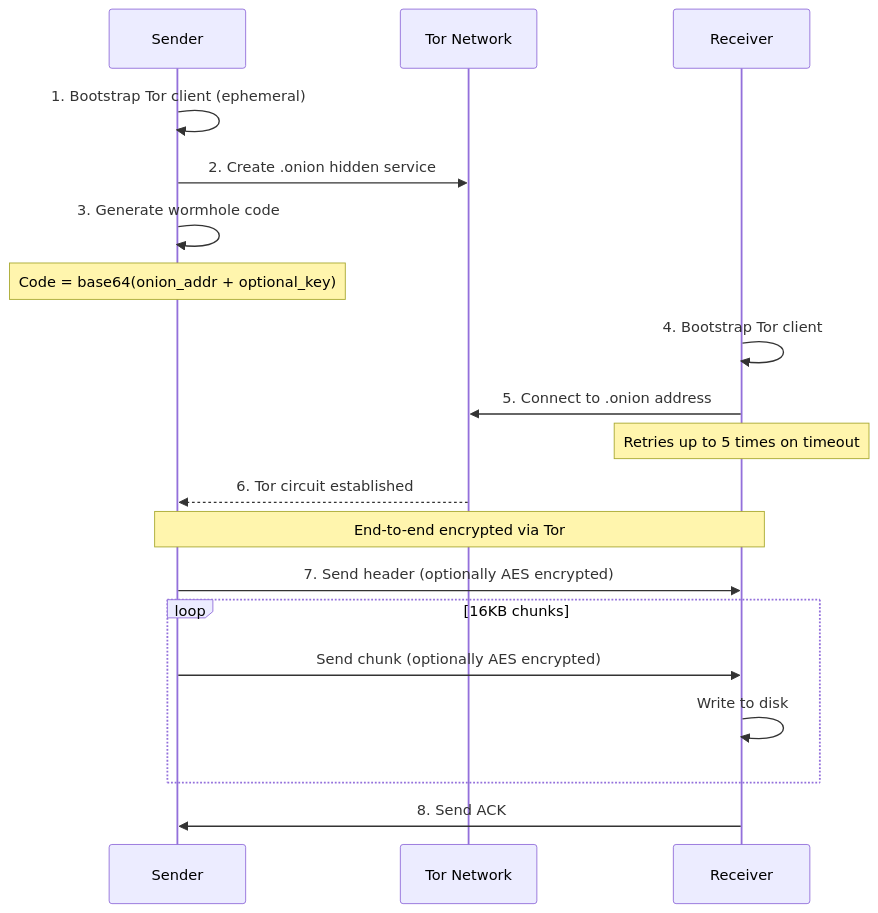
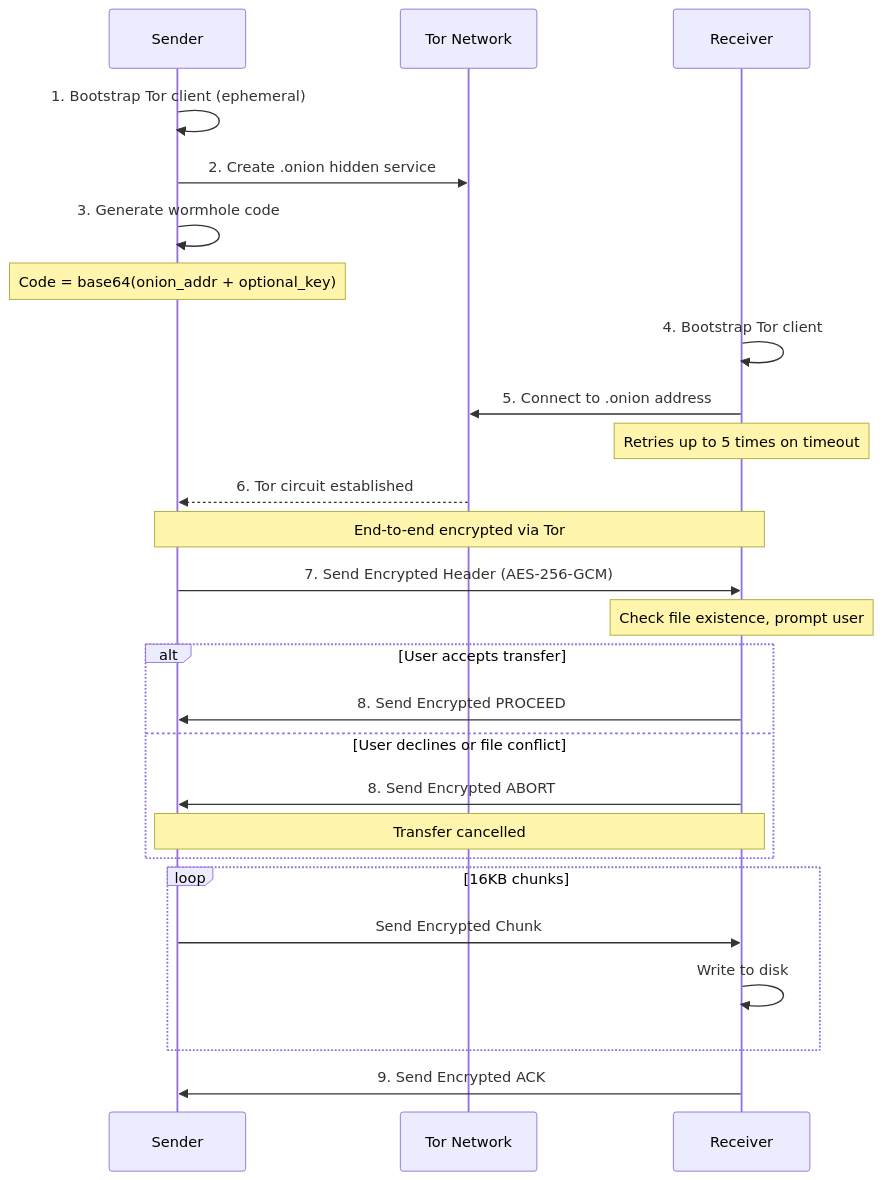
One commit to andrewtheguy/wormhole-rs changed the fourth of 5 diagrams in docs/ARCHITECTURE.md. Above: the diagram before and after it, drawn with Mermaid. The commit also changed other lines of this file, not shown here.

Commit message:
feat: Enhance transfer protocol with user prompts for file existence and control signal encryption

````diff
--- a/docs/ARCHITECTURE.md
+++ b/docs/ARCHITECTURE.md
@@ -131,27 +147,35 @@
 ```mermaid
 sequenceDiagram
     participant Sender
     participant Tor as Tor Network
     participant Receiver
 
     Sender->>Sender: 1. Bootstrap Tor client (ephemeral)
     Sender->>Tor: 2. Create .onion hidden service
     Sender->>Sender: 3. Generate wormhole code
     Note over Sender: Code = base64(onion_addr + optional_key)
 
     Receiver->>Receiver: 4. Bootstrap Tor client
     Receiver->>Tor: 5. Connect to .onion address
     Note over Receiver: Retries up to 5 times on timeout
 
     Tor-->>Sender: 6. Tor circuit established
     Note over Sender,Receiver: End-to-end encrypted via Tor
 
-    Sender->>Receiver: 7. Send header (optionally AES encrypted)
+    Sender->>Receiver: 7. Send Encrypted Header (AES-256-GCM)
+    Note over Receiver: Check file existence, prompt user
+
+    alt User accepts transfer
+        Receiver->>Sender: 8. Send Encrypted PROCEED
+    else User declines or file conflict
+        Receiver->>Sender: 8. Send Encrypted ABORT
+        Note over Sender,Receiver: Transfer cancelled
+    end
 
     loop 16KB chunks
-        Sender->>Receiver: Send chunk (optionally AES encrypted)
+        Sender->>Receiver: Send Encrypted Chunk
         Receiver->>Receiver: Write to disk
     end
 
-    Receiver->>Sender: 8. Send ACK
+    Receiver->>Sender: 9. Send Encrypted ACK
 ```
````
